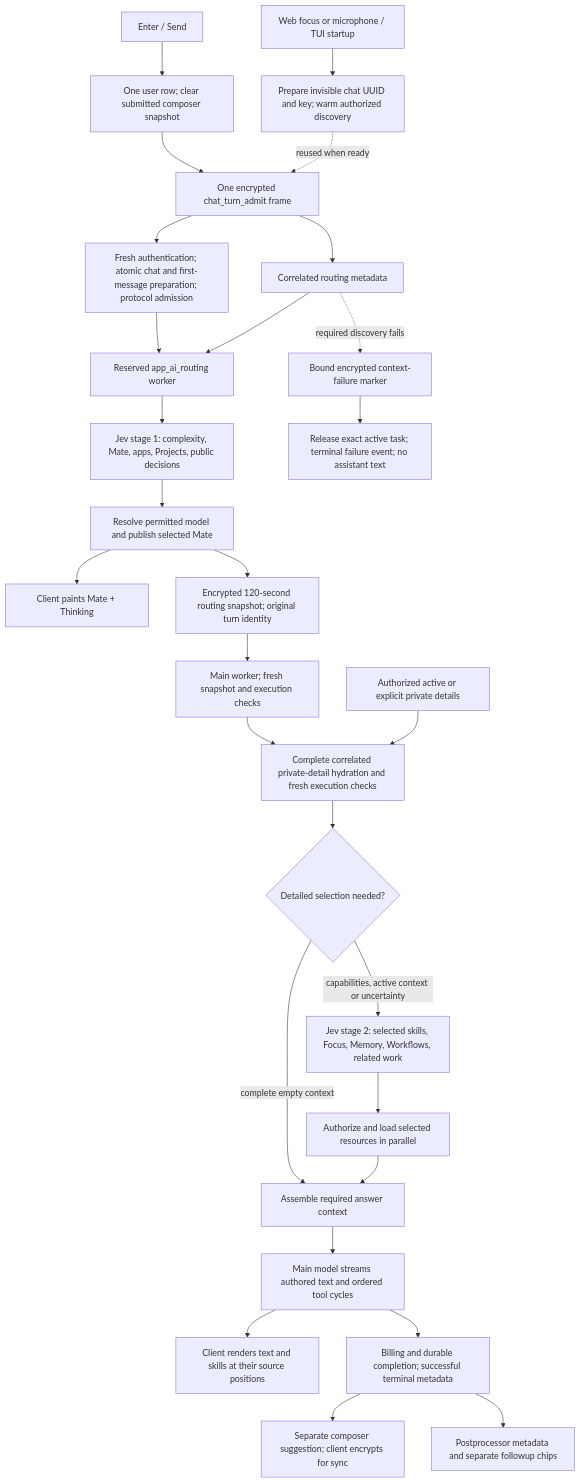
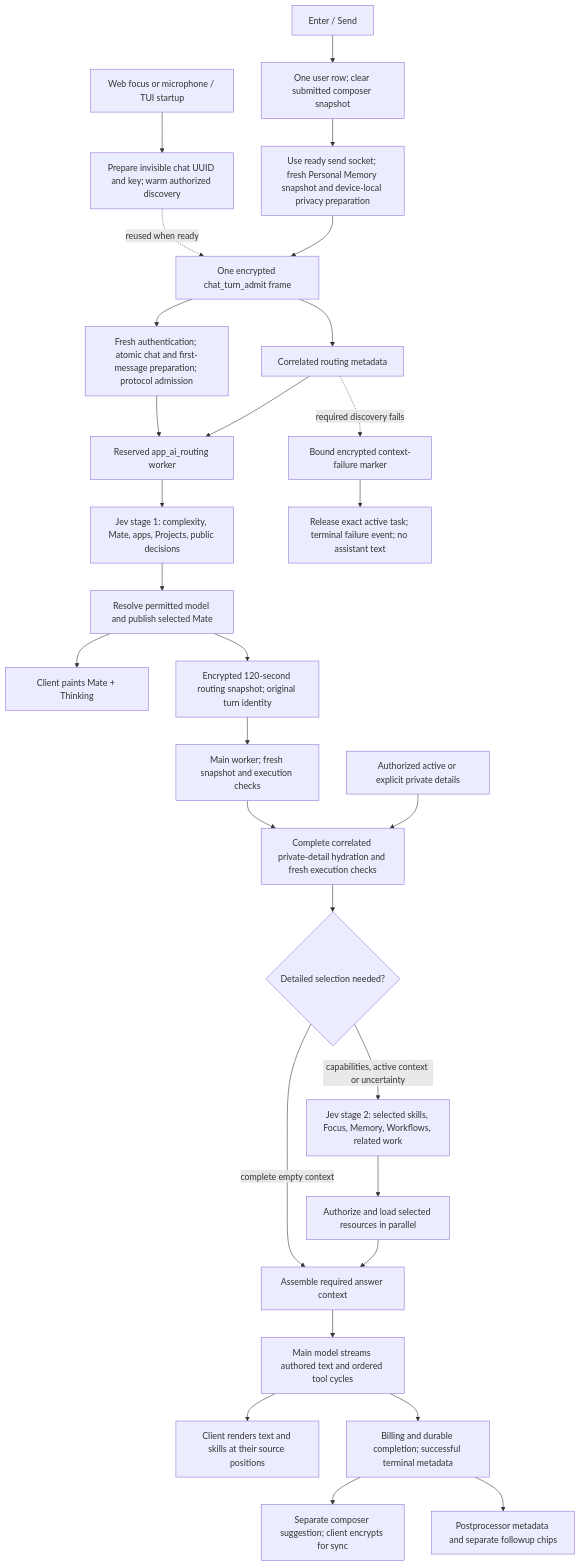
Before and after one commit to glowingkitty/OpenMates: the first of 8 diagrams in docs/plans/chat-latency-improvements/implemented-flow.md, drawn with Mermaid. The commit also changed other lines of this file and 26 other files, not shown here.

````diff
--- a/docs/plans/chat-latency-improvements/implemented-flow.md
+++ b/docs/plans/chat-latency-improvements/implemented-flow.md
@@ -5,30 +5,31 @@
 ```mermaid
 flowchart TD
   Focus[Web focus or microphone / TUI startup] --> Prepare[Prepare invisible chat UUID and key; warm authorized discovery]
   Send[Enter / Send] --> Optimistic[One user row; clear submitted composer snapshot]
-  Optimistic --> Admit[One encrypted chat_turn_admit frame]
+  Optimistic --> Fresh[Use ready send socket; fresh Personal Memory snapshot and device-local privacy preparation]
+  Fresh --> Admit[One encrypted chat_turn_admit frame]
   Admit --> Durable[Fresh authentication; atomic chat and first-message preparation; protocol admission]
   Prepare -. reused when ready .-> Admit
   Durable --> Router[Reserved app_ai_routing worker]
   Admit --> Headers[Correlated routing metadata]
   Headers --> Router
   Headers -. required discovery fails .-> Failure[Bound encrypted context-failure marker]
   Failure --> End[Release exact active task; terminal failure event; no assistant text]
   Router --> Stage1[Jev stage 1: complexity, Mate, apps, Projects, public decisions]
   Stage1 --> Resolve[Resolve permitted model and publish selected Mate]
   Resolve --> Paint[Client paints Mate + Thinking]
   Resolve --> Handoff[Encrypted 120-second routing snapshot; original turn identity]
   Handoff --> MainQueue[Main worker; fresh snapshot and execution checks]
   MainQueue --> Complete[Complete correlated private-detail hydration and fresh execution checks]
   Complete --> Need{Detailed selection needed?}
   Need -- complete empty context --> Minimal[Assemble required answer context]
   Need -- capabilities, active context or uncertainty --> Stage2[Jev stage 2: selected skills, Focus, Memory, Workflows, related work]
   Details[Authorized active or explicit private details] --> Complete
   Stage2 --> Hydrate[Authorize and load selected resources in parallel]
   Hydrate --> Minimal
   Minimal --> Main[Main model streams authored text and ordered tool cycles]
   Main --> Output[Client renders text and skills at their source positions]
   Main --> Final[Billing and durable completion; successful terminal metadata]
   Final --> Ghost[Separate composer suggestion; client encrypts for sync]
   Final --> Post[Postprocessor metadata and separate followup chips]
 ```
````
